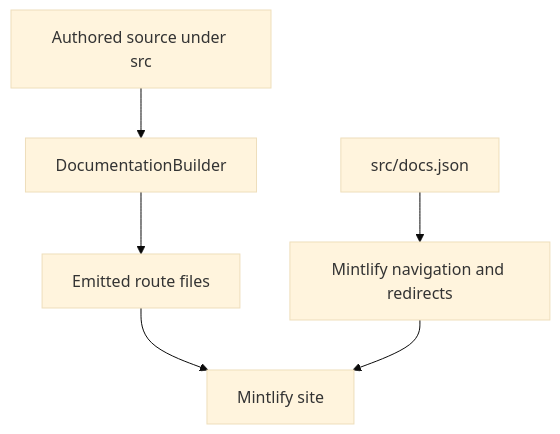
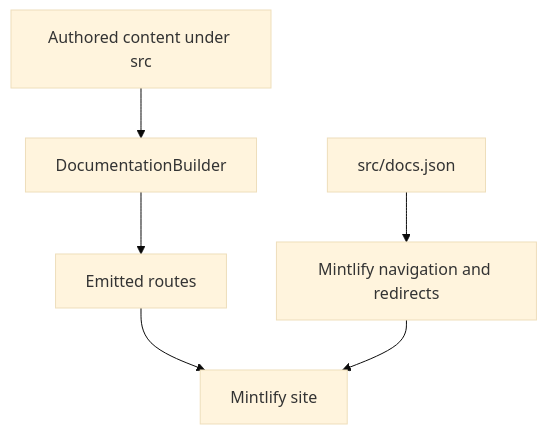
The diagram in openwiki/architecture/source-map.md (langchain-ai/docs), drawn with Mermaid (base theme) before and after one commit. The commit also changed other lines of this file and 28 other files, not shown here.

````diff
--- a/openwiki/architecture/source-map.md
+++ b/openwiki/architecture/source-map.md
@@ -51,8 +54,8 @@
 ```mermaid
 flowchart TD
-    Source["Authored source under src"] --> Builder["DocumentationBuilder"]
-    Builder --> Routes["Emitted route files"]
-    Config["src/docs.json"] --> Navigation["Mintlify navigation and redirects"]
+    Source["Authored content under src"] --> Builder["DocumentationBuilder"]
+    Builder --> Routes["Emitted routes"]
+    Config["src/docs.json"] --> Nav["Mintlify navigation and redirects"]
     Routes --> Site["Mintlify site"]
-    Navigation --> Site
+    Nav --> Site
 ```
````
